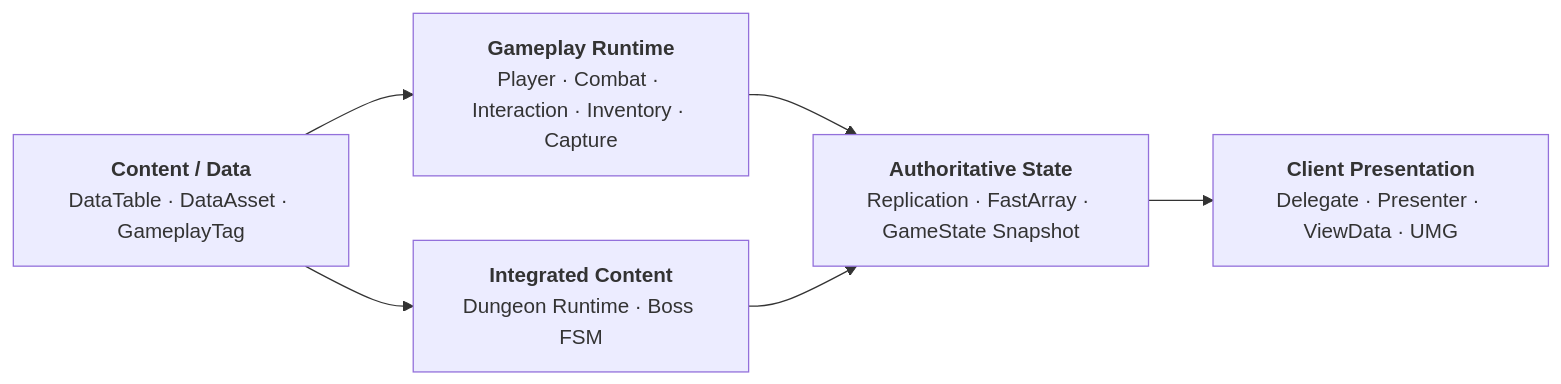
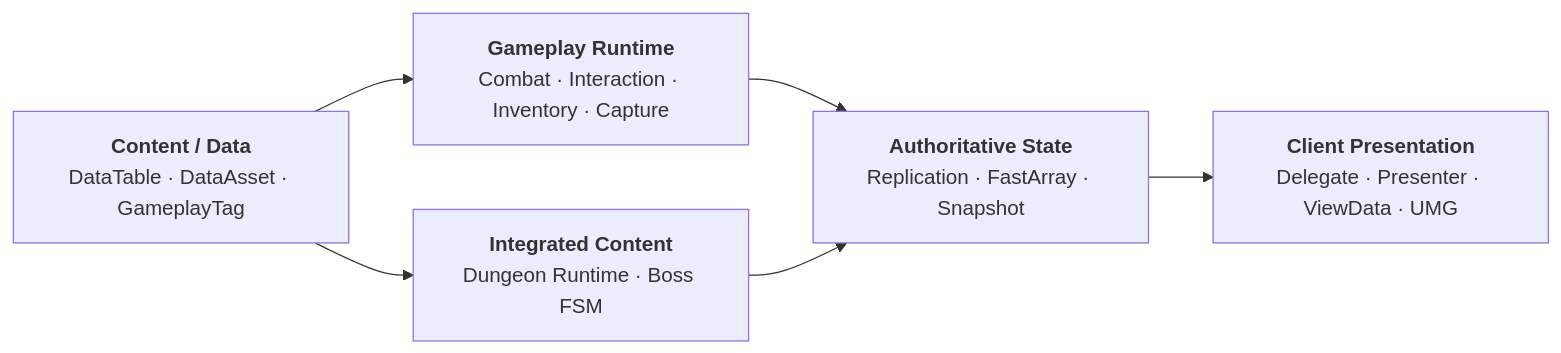
The diagram in README.md (chungheonLee0325/Sonheim), drawn with Mermaid before and after one commit. The commit also changed other lines of this file, not shown here.

````diff
--- a/README.md
+++ b/README.md
@@ -47,14 +46,14 @@
 ```mermaid
 flowchart LR
     DATA["<b>Content / Data</b><br/>DataTable · DataAsset · GameplayTag"]
-    GAME["<b>Gameplay Runtime</b><br/>Player · Combat · Interaction · Inventory · Capture"]
+    GAME["<b>Gameplay Runtime</b><br/>Combat · Interaction · Inventory · Capture"]
     CONTENT["<b>Integrated Content</b><br/>Dungeon Runtime · Boss FSM"]
-    STATE["<b>Authoritative State</b><br/>Replication · FastArray · GameState Snapshot"]
+    STATE["<b>Authoritative State</b><br/>Replication · FastArray · Snapshot"]
     VIEW["<b>Client Presentation</b><br/>Delegate · Presenter · ViewData · UMG"]
 
     DATA --> GAME
     DATA --> CONTENT
     GAME --> STATE
     CONTENT --> STATE
     STATE --> VIEW
 ```
````
